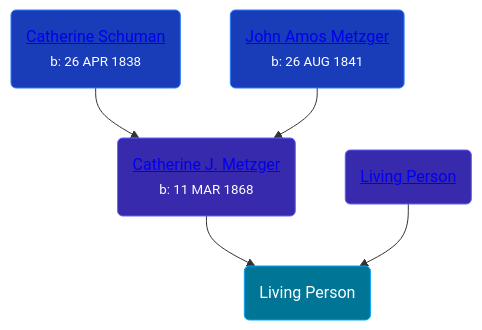
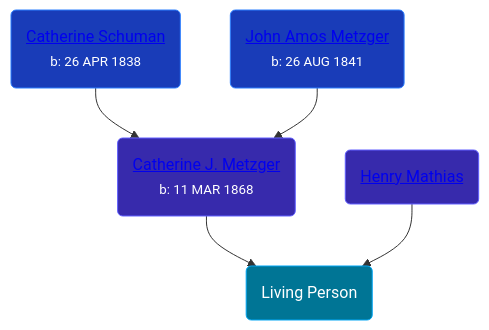
The diagram in pages/people/4/46792012.md (wpmgotkh/wpmgotkh.github.io), drawn with Mermaid before and after one commit. The commit also changed other lines of this file and 586 other files, not shown here.

Commit message:
feat: better shouldConsiderPersonLiving algo

````diff
--- a/pages/people/4/46792012.md
+++ b/pages/people/4/46792012.md
@@ -10,11 +10,11 @@
 ```mermaid
 graph
 classDef grands fill:#193cb8,stroke:#2b7fff,stroke-width:1px,color:#fff;
 classDef parents fill:#372aac,stroke:#615fff,stroke-width:1px,color:#fff;
 classDef primary fill:#007595,stroke:#00a6f4,stroke-width:1px,color:#fff;
 46792012(Living Person):::primary
 62700864(<a class="text-white" href="/people/6/62700864">Catherine J. Metzger</a><br /><small>b: 11 MAR 1868</small>):::parents-->46792012
 39599940(<a class="text-white" href="/people/3/39599940">Catherine Schuman</a><br /><small>b: 26 APR 1838</small>):::grands-->62700864
 28893894(<a class="text-white" href="/people/2/28893894">John Amos Metzger</a><br /><small>b: 26 AUG 1841</small>):::grands-->62700864
-25073708(<a class="text-white" href="/people/2/25073708">Living Person</a>):::parents-->46792012
+25073708(<a class="text-white" href="/people/2/25073708">Henry Mathias</a>):::parents-->46792012
 ```
````
